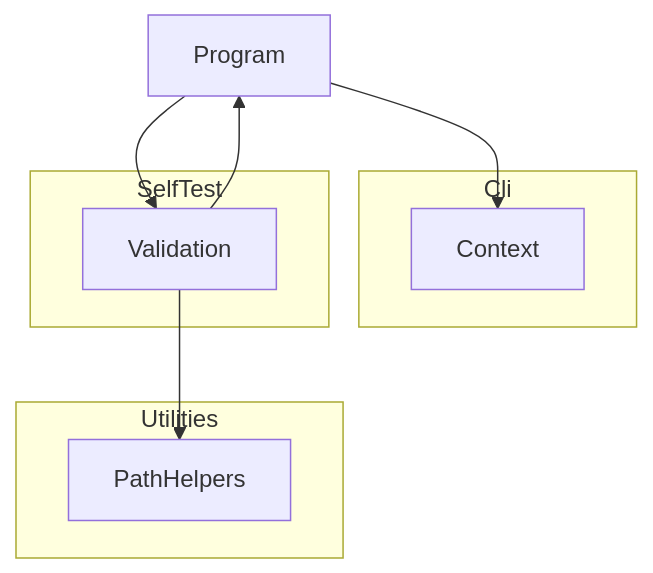
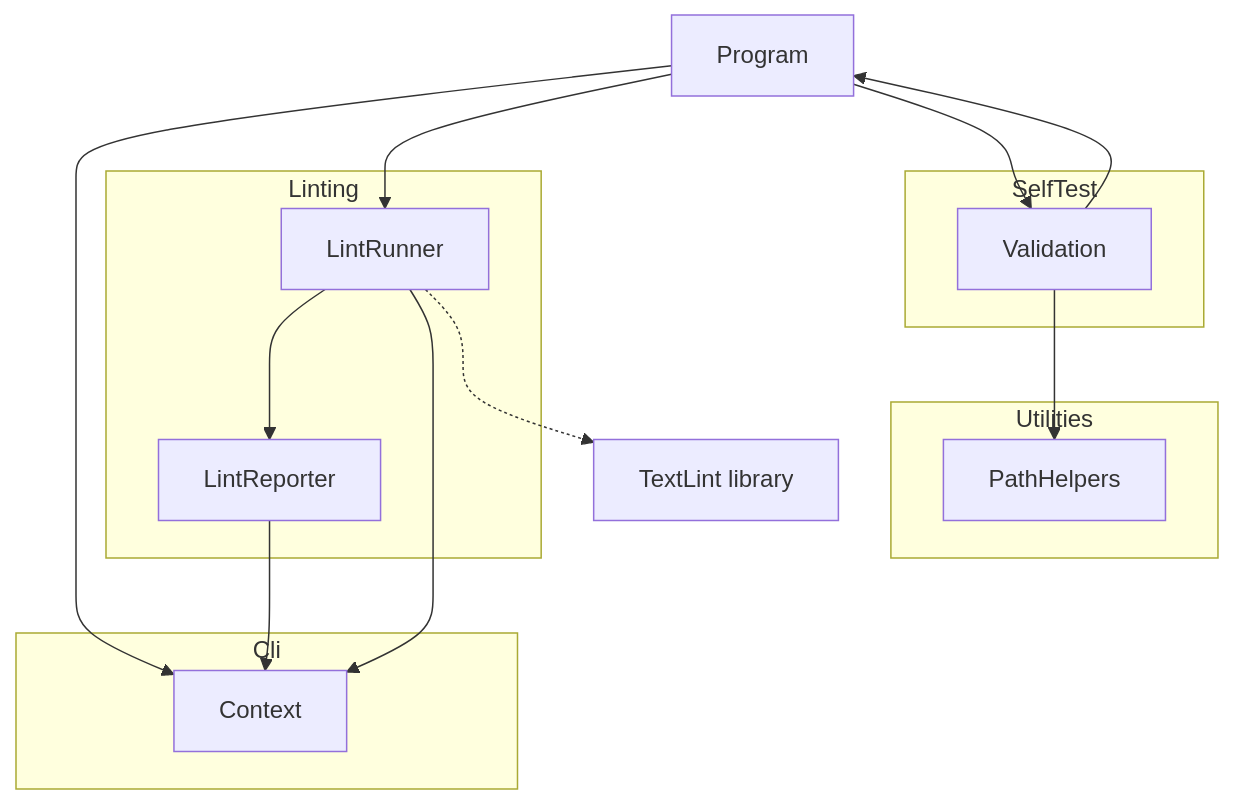
Before and after one commit to demaconsulting/TextLint: the diagram in docs/design/textlint-tool.md, drawn with Mermaid. The commit also changed other lines of this file and 89 other files, not shown here.

````diff
--- a/docs/design/textlint-tool.md
+++ b/docs/design/textlint-tool.md
@@ -18,17 +18,26 @@
 ```mermaid
 flowchart TD
     Program
     subgraph Cli
         Context
+    end
+    subgraph Linting
+        LintRunner
+        LintReporter
     end
     subgraph SelfTest
         Validation
     end
     subgraph Utilities
         PathHelpers
     end
     Program --> Context
+    Program --> LintRunner
     Program --> Validation
+    LintRunner --> LintReporter
+    LintRunner --> Context
+    LintReporter --> Context
     Validation --> Program
     Validation --> PathHelpers
+    LintRunner -.-> Library[TextLint library]
 ```
````
